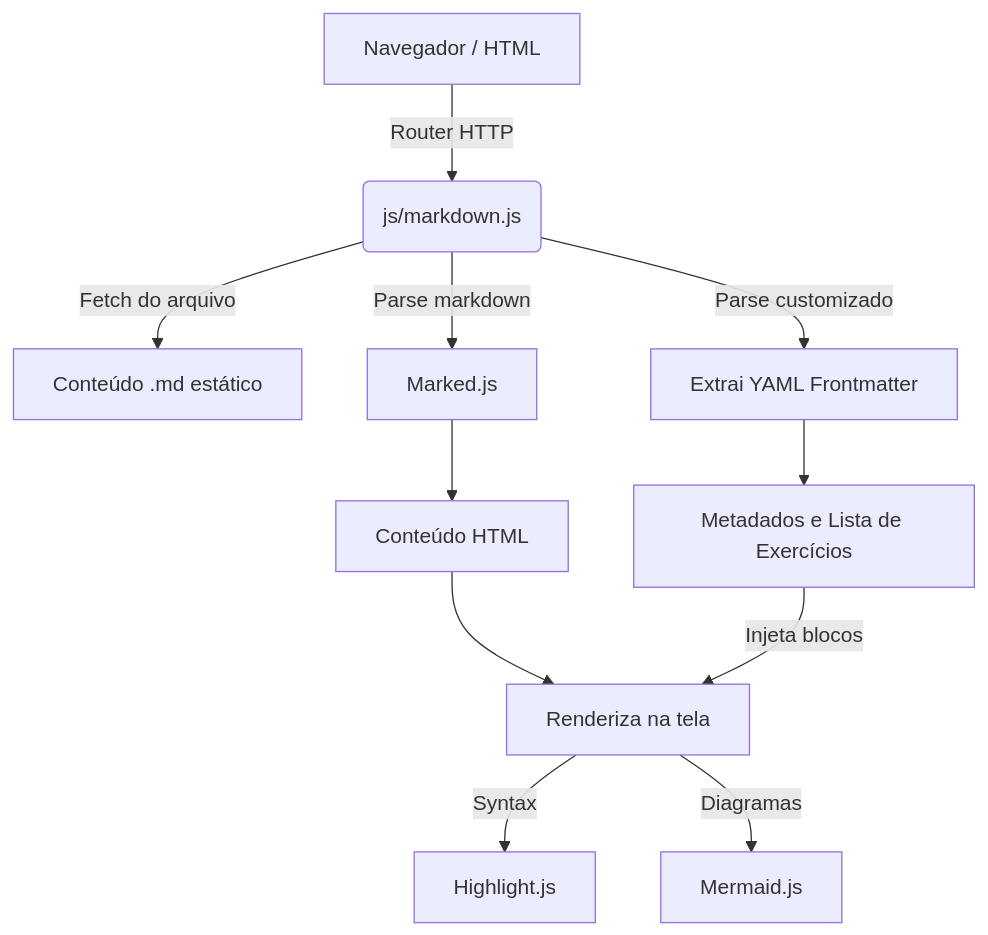
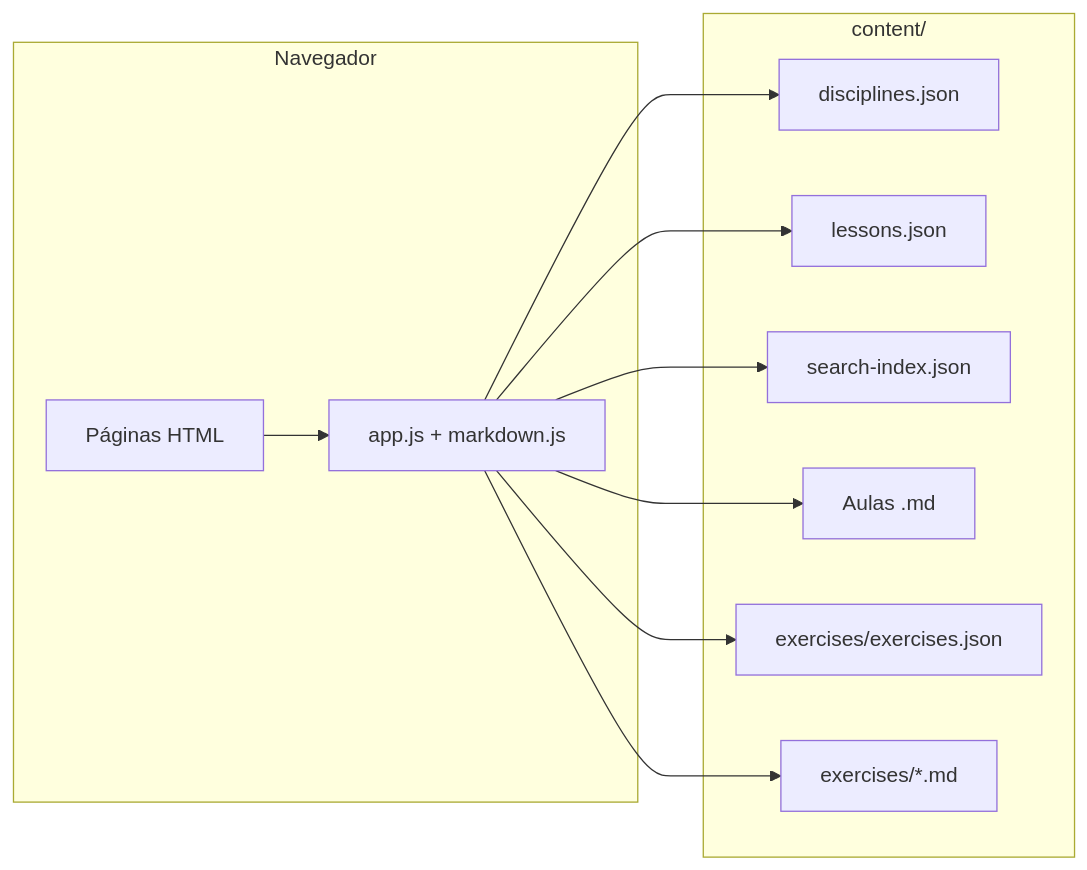
One commit to GaabDevWeb/ISS changed the diagram in README.md. Above: the diagram before and after it, drawn with Mermaid. The commit also changed other lines of this file, not shown here.

First line of the commit message:
Revise project name and enhance README content

````diff
--- a/README.md
+++ b/README.md
@@ -124,13 +104,22 @@
 ```mermaid
-graph TD
-    A[Navegador / HTML] -->|Router HTTP| B(js/markdown.js)
-    B -->|Fetch do arquivo| C[Conteúdo .md estático]
-    B -->|Parse customizado| D[Extrai YAML Frontmatter]
-    B -->|Parse markdown| E[Marked.js]
-    D --> F[Metadados e Lista de Exercícios]
-    E --> G[Conteúdo HTML]
-    G --> H[Renderiza na tela]
-    F -->|Injeta blocos| H
-    H -->|Syntax| I[Highlight.js]
-    H -->|Diagramas| J[Mermaid.js]
+flowchart LR
+  subgraph browser [Navegador]
+    HTML[Páginas HTML]
+    App[app.js + markdown.js]
+  end
+  subgraph static [content/]
+    DJ[disciplines.json]
+    LJ[lessons.json]
+    SI[search-index.json]
+    MD[Aulas .md]
+    EJ[exercises/exercises.json]
+    EM[exercises/*.md]
+  end
+  HTML --> App
+  App --> DJ
+  App --> LJ
+  App --> SI
+  App --> MD
+  App --> EJ
+  App --> EM
 ```
````
